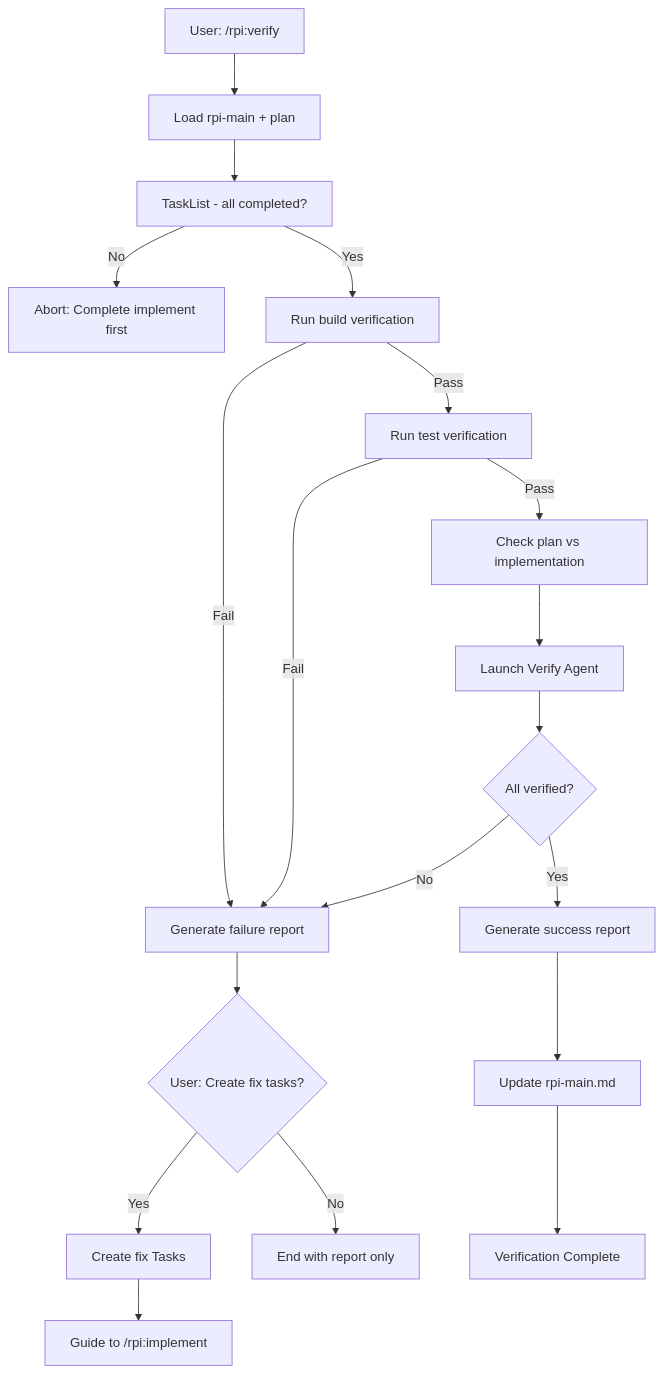
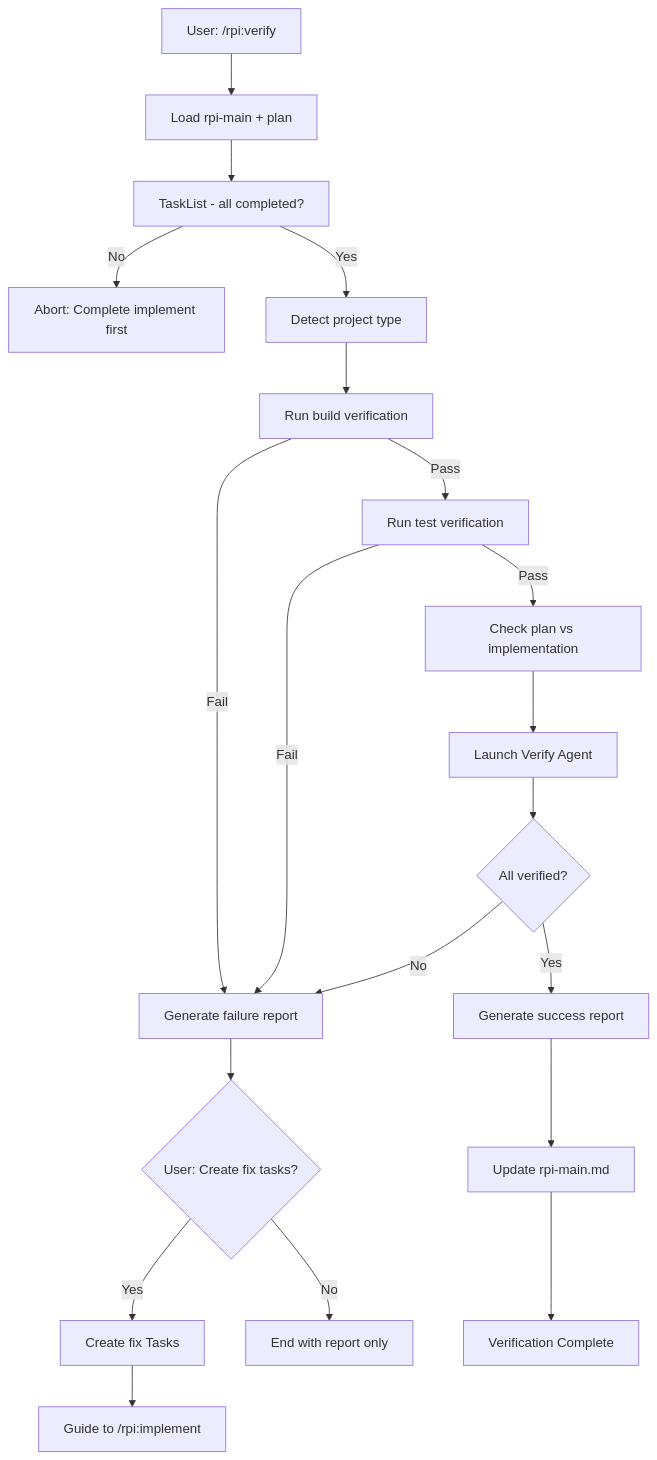
Before and after one commit to ValseLee/RPIWorkflow: the diagram in commands/verify.md, drawn with Mermaid. The commit also changed other lines of this file and 3 other files, not shown here.

````diff
--- a/commands/verify.md
+++ b/commands/verify.md
@@ -33,21 +33,22 @@
 ```mermaid
 flowchart TB
     Start[User: /rpi:verify] --> Load[Load rpi-main + plan]
     Load --> TaskCheck[TaskList - all completed?]
     TaskCheck -->|No| Abort[Abort: Complete implement first]
-    TaskCheck -->|Yes| Build[Run build verification]
+    TaskCheck -->|Yes| Detect[Detect project type]
+    Detect --> Build[Run build verification]
     Build -->|Fail| Report[Generate failure report]
     Build -->|Pass| Test[Run test verification]
     Test -->|Fail| Report
     Test -->|Pass| PlanCheck[Check plan vs implementation]
     PlanCheck --> Agent[Launch Verify Agent]
     Agent --> Results{All verified?}
     Results -->|No| Report
     Results -->|Yes| Success[Generate success report]
     Report --> AskFix{User: Create fix tasks?}
     AskFix -->|Yes| CreateTasks[Create fix Tasks]
     AskFix -->|No| End[End with report only]
     CreateTasks --> GuideImpl[Guide to /rpi:implement]
     Success --> UpdateMain[Update rpi-main.md]
     UpdateMain --> Complete[Verification Complete]
 ```
````
